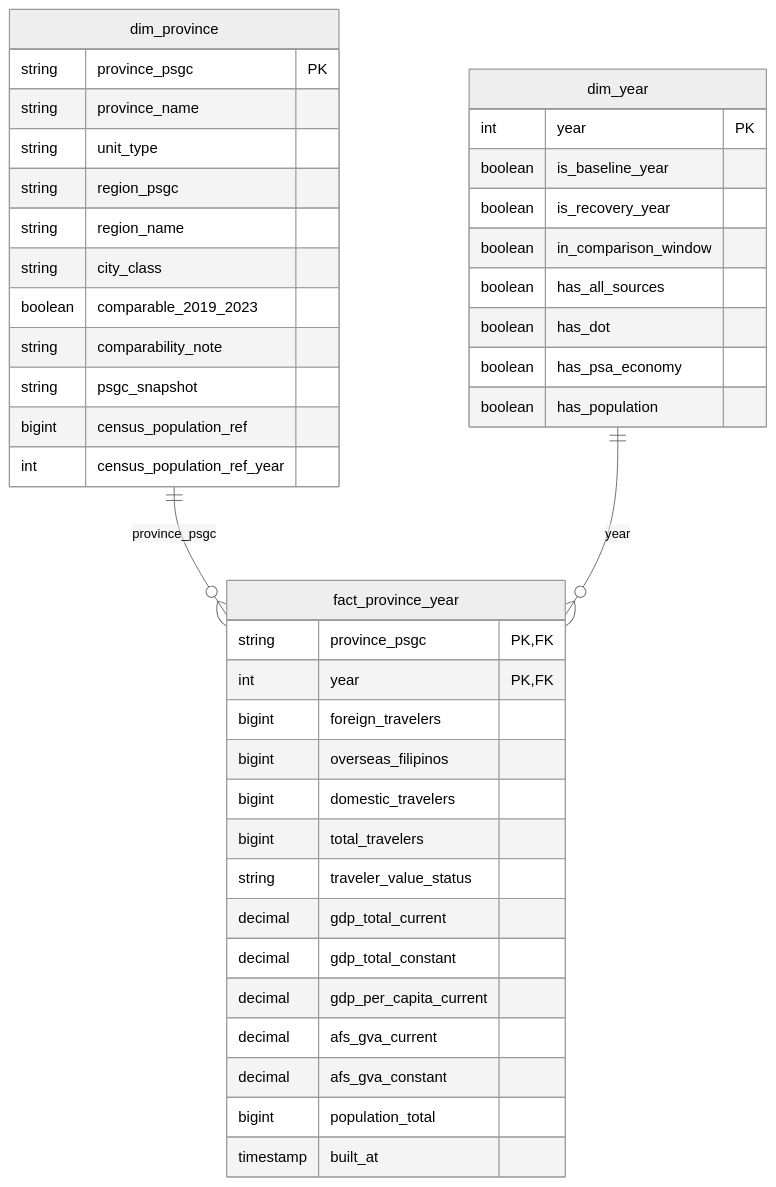
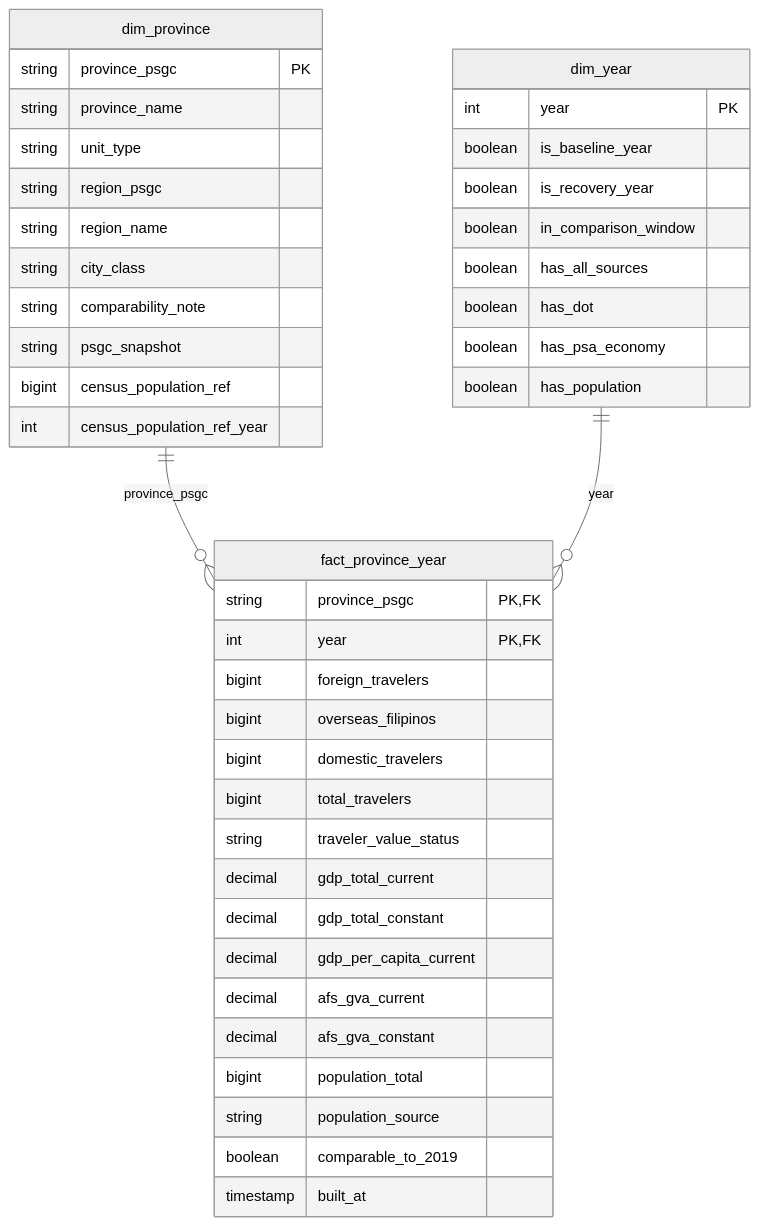
Before and after one commit to ftw-git-away/provinsights-ph-tourism: the diagram in docs/schema-and-source-to-target-mapping.md, drawn with Mermaid (neutral theme). The commit also changed other lines of this file, not shown here.

Commit message:
Update data model doc for year-specific comparability, growth formulas and 2019 population

````diff
--- a/docs/schema-and-source-to-target-mapping.md
+++ b/docs/schema-and-source-to-target-mapping.md
@@ -8,47 +8,48 @@
 ```mermaid
 erDiagram
     dim_province ||--o{ fact_province_year : "province_psgc"
     dim_year ||--o{ fact_province_year : "year"
 
     dim_province {
         string province_psgc PK
         string province_name
         string unit_type
         string region_psgc
         string region_name
         string city_class
-        boolean comparable_2019_2023
         string comparability_note
         string psgc_snapshot
         bigint census_population_ref
         int census_population_ref_year
     }
 
     fact_province_year {
         string province_psgc PK, FK
         int year PK, FK
         bigint foreign_travelers
         bigint overseas_filipinos
         bigint domestic_travelers
         bigint total_travelers
         string traveler_value_status
         decimal gdp_total_current
         decimal gdp_total_constant
         decimal gdp_per_capita_current
         decimal afs_gva_current
         decimal afs_gva_constant
         bigint population_total
+        string population_source
+        boolean comparable_to_2019
         timestamp built_at
     }
 
     dim_year {
         int year PK
         boolean is_baseline_year
         boolean is_recovery_year
         boolean in_comparison_window
         boolean has_all_sources
         boolean has_dot
         boolean has_psa_economy
         boolean has_population
     }
 ```
````
